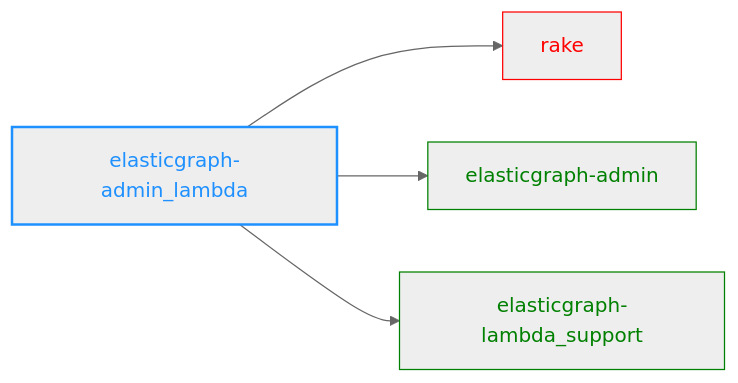
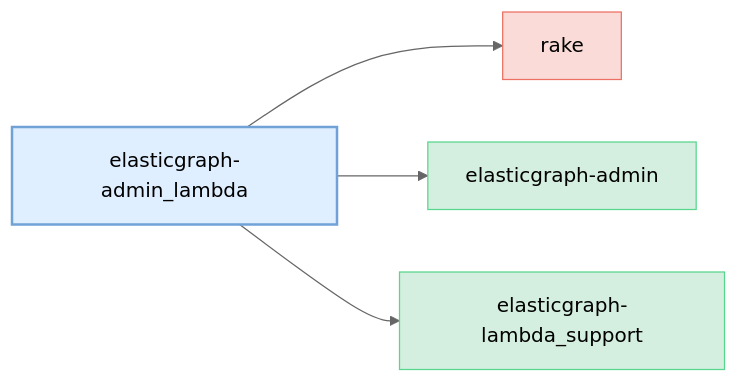
The diagram in elasticgraph-admin_lambda/README.md (block/elasticgraph), drawn with Mermaid (neutral theme) before and after one commit. The commit also changed 23 other files, not shown here.

````diff
--- a/elasticgraph-admin_lambda/README.md
+++ b/elasticgraph-admin_lambda/README.md
@@ -7,15 +7,18 @@
 ```mermaid
 graph LR;
+    classDef currentGemStyle fill:#E0EFFF,stroke:#70A1D7,color:#000,stroke-width:2px;
+    classDef internalEgGemStyle fill:#D4EFDF,stroke:#58D68D,color:#000;
+    classDef externalGemStyle fill:#FADBD8,stroke:#EC7063,color:#000;
     elasticgraph-admin_lambda["elasticgraph-admin_lambda"];
+    class elasticgraph-admin_lambda currentGemStyle;
     rake["rake"];
     elasticgraph-admin_lambda --> rake;
+    class rake externalGemStyle;
     elasticgraph-admin["elasticgraph-admin"];
     elasticgraph-admin_lambda --> elasticgraph-admin;
+    class elasticgraph-admin internalEgGemStyle;
     elasticgraph-lambda_support["elasticgraph-lambda_support"];
     elasticgraph-admin_lambda --> elasticgraph-lambda_support;
-    style elasticgraph-admin_lambda color:DodgerBlue,stroke-width:2px,stroke:DodgerBlue;
-    style rake color:Red,stroke:Red;
-    style elasticgraph-admin color:Green,stroke:Green;
-    style elasticgraph-lambda_support color:Green,stroke:Green;
+    class elasticgraph-lambda_support internalEgGemStyle;
     click rake href "https://rubygems.org/gems/rake" "Open on RubyGems.org" _blank;
 ```
````
